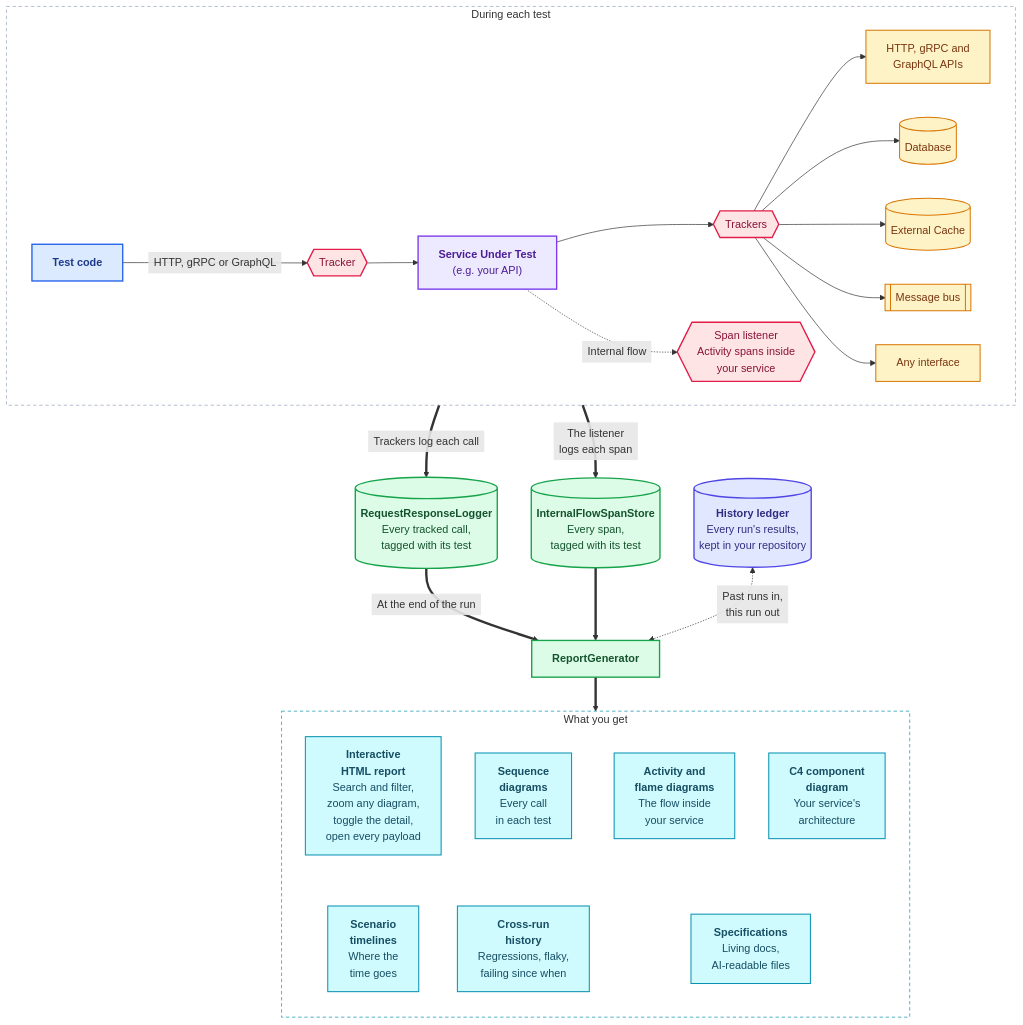
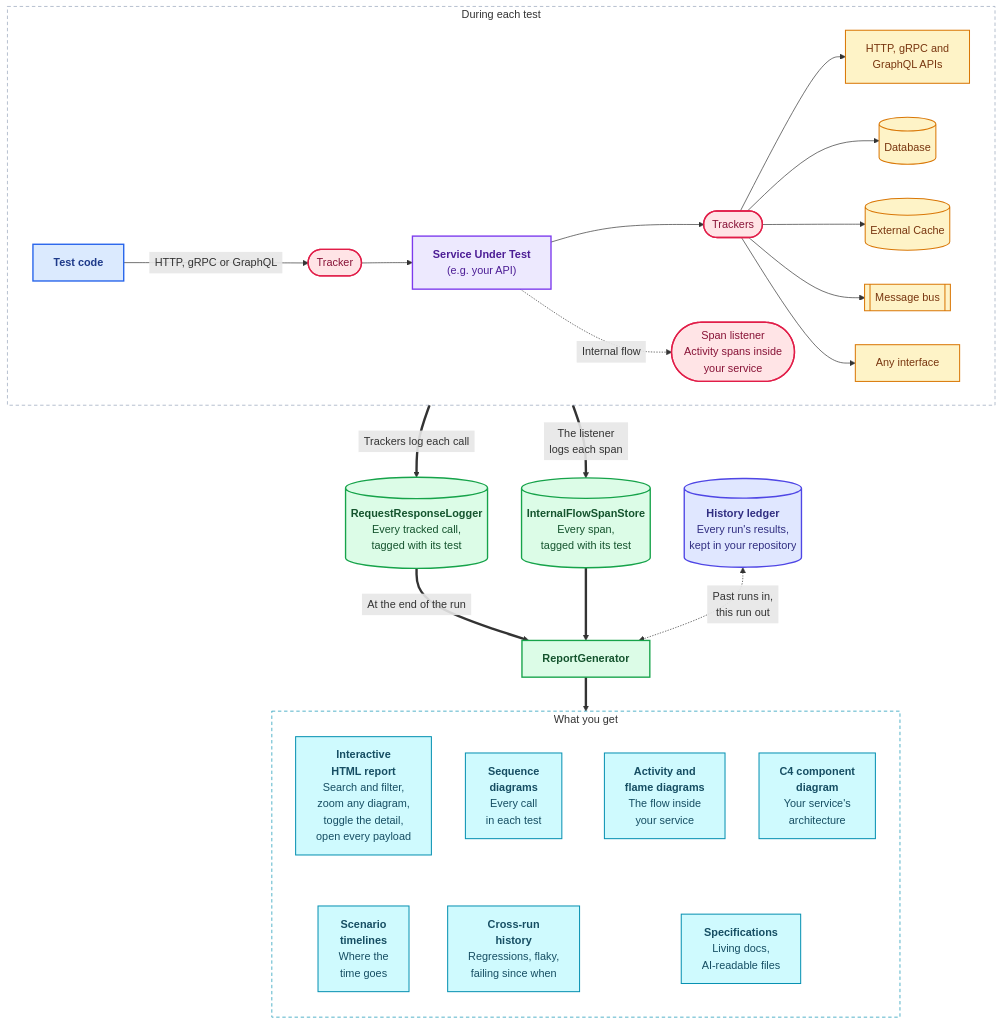
Before and after one commit to lemonlion/Kronikol: the diagram in README.md, drawn with Mermaid.

Commit message:
Docs (no bump): the trackers and the span listener in README's How It Works diagram are drawn as rounded pills instead of hexagons. GitHub's Mermaid draws a hexagon far wider than the text it holds, so the span listener covered the arrows to the message bus and to any interface

````diff
--- a/README.md
+++ b/README.md
@@ -58,65 +58,65 @@
 ```mermaid
 %%{init: {"layout": "dagre", "flowchart": {"wrappingWidth": 320}}}%%
 flowchart TB
     subgraph during["During each test"]
         direction LR
         test["<b>Test code</b>"]
-        t1{{"Tracker"}}
+        t1(["Tracker"])
         sut["<b>Service Under Test</b><br/>(e.g. your API)"]
-        t2{{"Trackers"}}
+        t2(["Trackers"])
         http["HTTP, gRPC and<br/>GraphQL APIs"]
         db[("Database")]
         cache[("External Cache")]
         bus[["Message bus"]]
         any["Any interface"]
-        spans{{"Span listener<br/>Activity spans inside<br/>your service"}}
+        spans(["Span listener<br/>Activity spans inside<br/>your service"])
         test -->|"<span style='display:inline-block;padding:4px 8px'>HTTP, gRPC or GraphQL</span>"| t1 --> sut --> t2
         t2 --> http & db & cache & bus & any
         sut -.->|"<span style='display:inline-block;padding:4px 8px'>Internal flow</span>"| spans
     end
 
     logger[("<b>RequestResponseLogger</b><br/>Every tracked call,<br/>tagged with its test")]
     spanstore[("<b>InternalFlowSpanStore</b><br/>Every span,<br/>tagged with its test")]
     report["<b>ReportGenerator</b>"]
     ledger[("<b>History ledger</b><br/>Every run's results,<br/>kept in your repository")]
 
     subgraph outputs["What you get"]
         direction TB
         html["<b>Interactive<br/>HTML report</b><br/>Search and filter,<br/>zoom any diagram,<br/>toggle the detail,<br/>open every payload"]
         seq["<b>Sequence<br/>diagrams</b><br/>Every call<br/>in each test"]
         act["<b>Activity and<br/>flame diagrams</b><br/>The flow inside<br/>your service"]
         c4["<b>C4 component<br/>diagram</b><br/>Your service's<br/>architecture"]
         timeline["<b>Scenario<br/>timelines</b><br/>Where the<br/>time goes"]
         specs["<b>Specifications</b><br/>Living docs,<br/>AI-readable files"]
         history["<b>Cross-run<br/>history</b><br/>Regressions, flaky,<br/>failing since when"]
         html ~~~ timeline
         seq ~~~ history
         act ~~~ specs
         c4 ~~~ specs
     end
 
     during ==>|"<span style='display:inline-block;padding:4px 8px'>Trackers log each call</span>"| logger
     during ==>|"<span style='display:inline-block;padding:4px 8px'>The listener<br/>logs each span</span>"| spanstore
     logger ==>|"<span style='display:inline-block;padding:4px 8px'>At the end of the run</span>"| report
     spanstore ==> report
     report ==> outputs
     ledger <-.->|"<span style='display:inline-block;padding:4px 8px'>Past runs in,<br/>this run out</span>"| report
 
     class test caller
     class sut system
     class http,db,cache,bus,any dep
     class t1,t2,spans tracker
     class logger,spanstore,report stage
     class ledger store
     class html,seq,act,c4,timeline,specs,history out
     style during fill:transparent,stroke:#94a3b8,stroke-dasharray:5 4
     style outputs fill:transparent,stroke:#0891b2,stroke-dasharray:5 4
 
     classDef caller fill:#dbeafe,stroke:#2563eb,stroke-width:2px,color:#1e3a8a
     classDef system fill:#ede9fe,stroke:#7c3aed,stroke-width:2px,color:#4c1d95
     classDef dep fill:#fef3c7,stroke:#d97706,stroke-width:1.5px,color:#78350f
     classDef tracker fill:#ffe4e6,stroke:#e11d48,stroke-width:2px,color:#881337
     classDef stage fill:#dcfce7,stroke:#16a34a,stroke-width:2px,color:#14532d
     classDef out fill:#cffafe,stroke:#0891b2,stroke-width:1.5px,color:#164e63
     classDef store fill:#e0e7ff,stroke:#4f46e5,stroke-width:2px,color:#312e81
 ```
````
